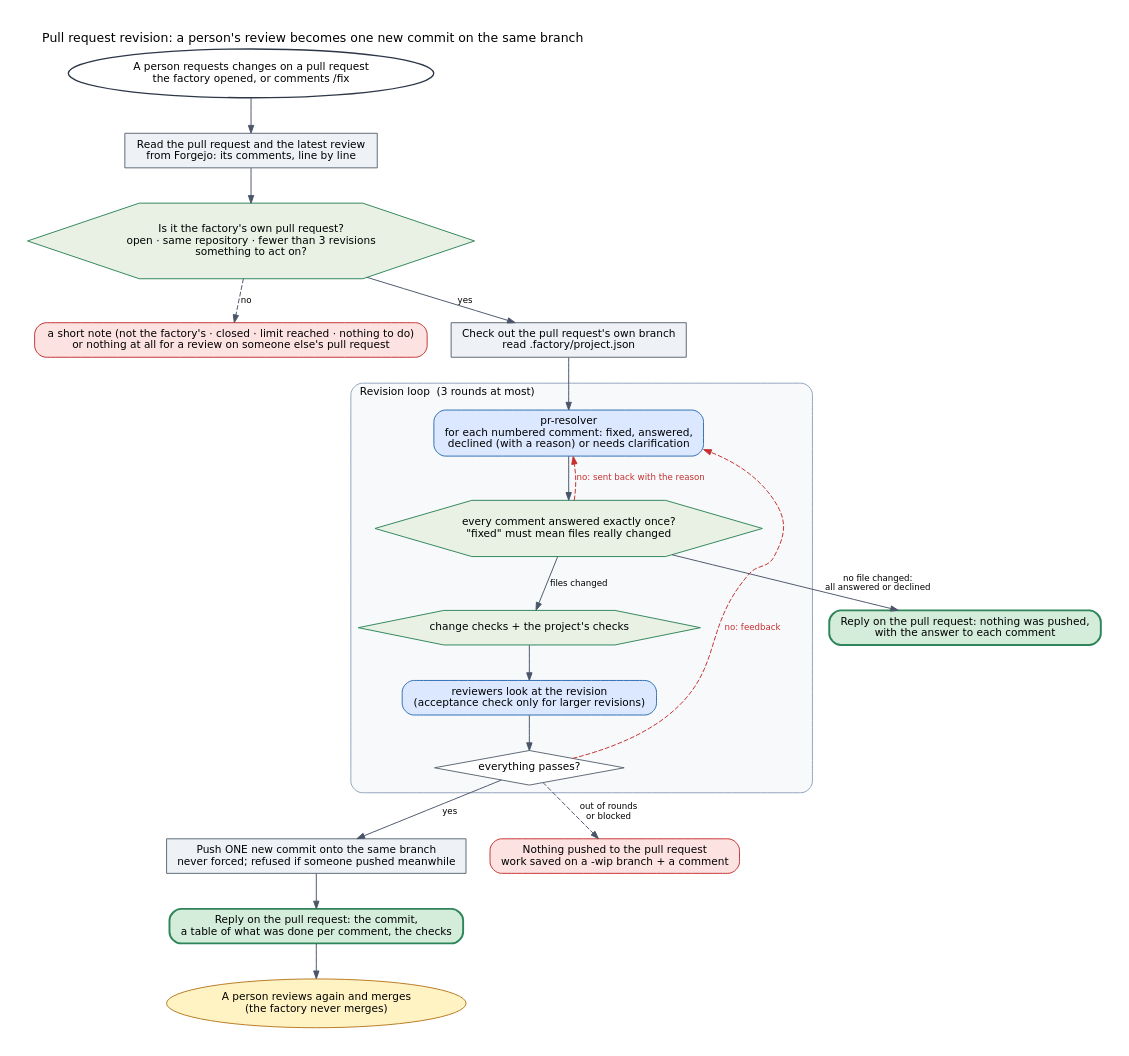
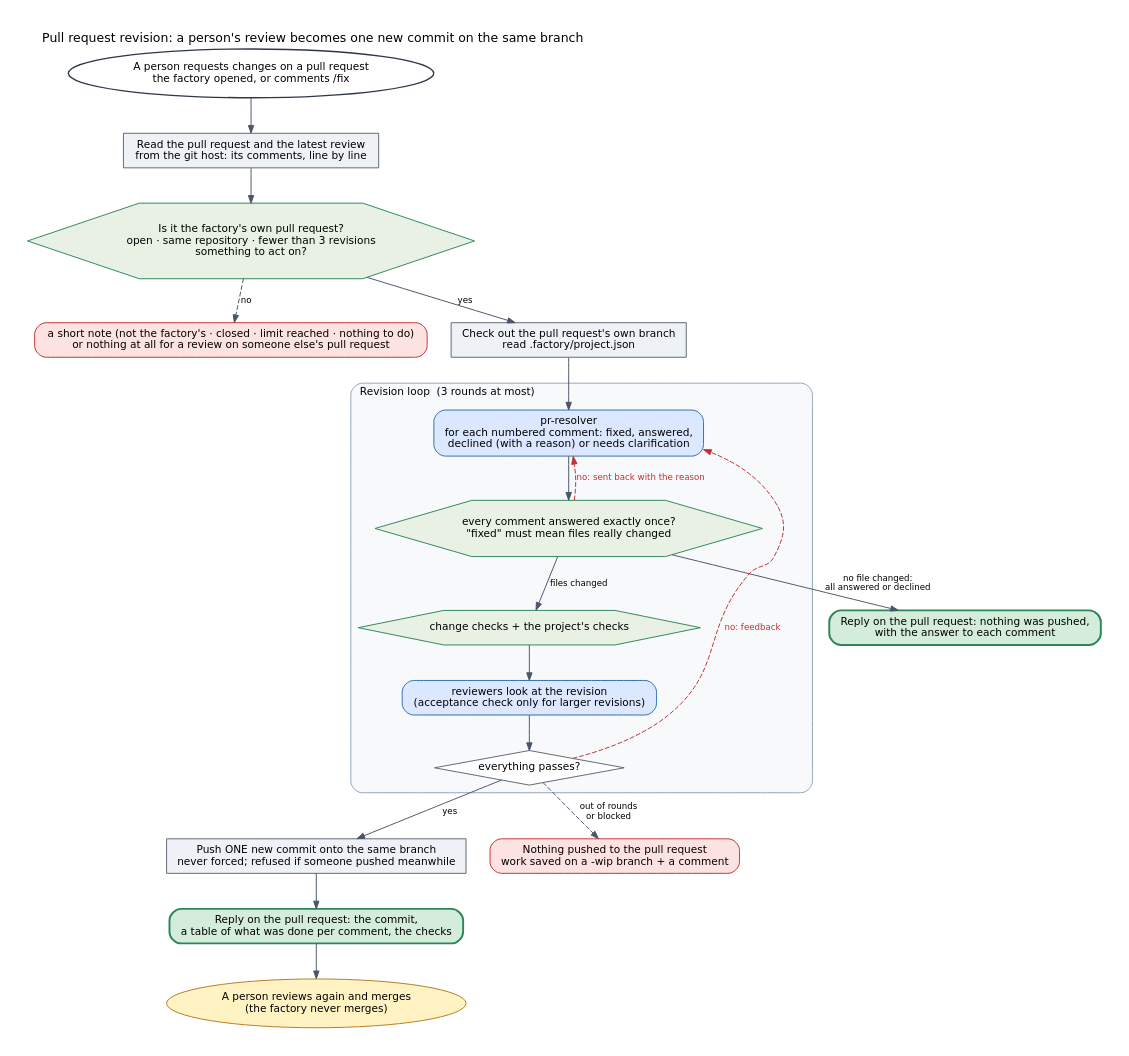
One commit to ai-sdlc-factory/ai-sdlc-factory changed the diagram in docs/diagrams/pr-revision.dot. Above: the diagram before and after it, drawn with Graphviz. The commit also changed 21 other files, not shown here.

```diff
--- a/docs/diagrams/pr-revision.dot
+++ b/docs/diagrams/pr-revision.dot
@@ -1,39 +1,39 @@
 digraph pr_revision {
   graph [rankdir=TB, fontname="DejaVu Sans", fontsize=13, bgcolor=white, pad=0.3, nodesep=0.35, ranksep=0.5, labelloc=t, labeljust=l, compound=true];
   node  [fontname="DejaVu Sans", fontsize=11, shape=box, style="rounded,filled", margin="0.15,0.08", fillcolor="#eef2f6", color="#5b6773"];
   edge  [fontname="DejaVu Sans", fontsize=9, color="#4a5568", arrowsize=0.8];
   label="Pull request revision: a person's review becomes one new commit on the same branch";
 
   start  [label="A person requests changes on a pull request\nthe factory opened, or comments /fix", shape=oval, style="filled", fillcolor="#ffffff", color="#2d3748", penwidth=1.4];
-  read   [label="Read the pull request and the latest review\nfrom Forgejo: its comments, line by line", shape=box, style="filled", fillcolor="#eef2f6", color="#5b6773"];
+  read   [label="Read the pull request and the latest review\nfrom the git host: its comments, line by line", shape=box, style="filled", fillcolor="#eef2f6", color="#5b6773"];
   rules  [label="Is it the factory's own pull request?\nopen · same repository · fewer than 3 revisions\nsomething to act on?", shape=hexagon, style="filled", fillcolor="#e8f1e4", color="#2f855a"];
   refuse [label="a short note (not the factory's · closed · limit reached · nothing to do)\nor nothing at all for a review on someone else's pull request", shape=box, style="rounded,filled", fillcolor="#fde2e2", color="#c53030"];
   intake [label="Check out the pull request's own branch\nread .factory/project.json", shape=box, style="filled", fillcolor="#eef2f6", color="#5b6773"];
 
   subgraph cluster_loop {
     label="Revision loop  (3 rounds at most)"; style="rounded,filled"; color="#8fa3b8"; fillcolor="#f7f9fb"; fontsize=11;
     resolver [label="pr-resolver\nfor each numbered comment: fixed, answered,\ndeclined (with a reason) or needs clarification", shape=box, style="rounded,filled", fillcolor="#dbe8ff", color="#2b6cb0"];
     answers  [label="every comment answered exactly once?\n\"fixed\" must mean files really changed", shape=hexagon, style="filled", fillcolor="#e8f1e4", color="#2f855a"];
     checks   [label="change checks + the project's checks", shape=hexagon, style="filled", fillcolor="#e8f1e4", color="#2f855a"];
     reviewers[label="reviewers look at the revision\n(acceptance check only for larger revisions)", shape=box, style="rounded,filled", fillcolor="#dbe8ff", color="#2b6cb0"];
     ok       [label="everything passes?", shape=diamond, style="filled", fillcolor="#ffffff", color="#5b6773", margin="0.05,0.05"];
   }
   replied [label="Reply on the pull request: nothing was pushed,\nwith the answer to each comment", shape=box, style="rounded,filled,bold", fillcolor="#d4edda", color="#2f855a"];
   push    [label="Push ONE new commit onto the same branch\nnever forced; refused if someone pushed meanwhile", shape=box, style="filled", fillcolor="#eef2f6", color="#5b6773"];
   reply   [label="Reply on the pull request: the commit,\na table of what was done per comment, the checks", shape=box, style="rounded,filled,bold", fillcolor="#d4edda", color="#2f855a"];
   again   [label="A person reviews again and merges\n(the factory never merges)", shape=ellipse, style="filled", fillcolor="#fff3c4", color="#b7791f"];
   wip     [label="Nothing pushed to the pull request\nwork saved on a -wip branch + a comment", shape=box, style="rounded,filled", fillcolor="#fde2e2", color="#c53030"];
 
   start -> read -> rules;
   rules -> refuse [label="no", style=dashed];
   rules -> intake [label="yes"];
   intake -> resolver -> answers;
   answers -> resolver [label="no: sent back with the reason", style=dashed, color="#c53030", fontcolor="#c53030", constraint=false];
   answers -> replied [label="no file changed:\nall answered or declined"];
   answers -> checks [label="files changed"];
   checks -> reviewers -> ok;
   ok -> push [label="yes"];
   ok -> resolver [label="no: feedback", style=dashed, color="#c53030", fontcolor="#c53030", constraint=false];
   ok -> wip [label="out of rounds\nor blocked", style=dashed];
   push -> reply -> again;
 }
```
